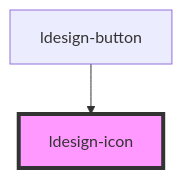
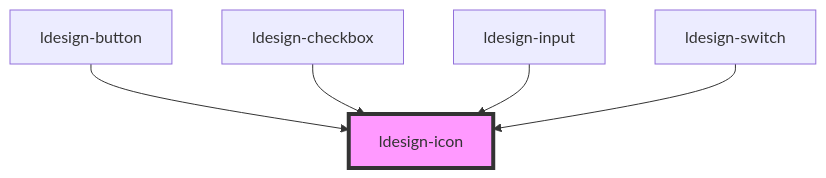
The diagram in packages/webcomponent/src/components/icon/readme.md (poly1603/ldesign), drawn with Mermaid before and after one commit. The commit also changed other lines of this file and 42 other files, not shown here.

````diff
--- a/packages/webcomponent/src/components/icon/readme.md
+++ b/packages/webcomponent/src/components/icon/readme.md
@@ -30,5 +33,8 @@
 ```mermaid
 graph TD;
   ldesign-button --> ldesign-icon
+  ldesign-checkbox --> ldesign-icon
+  ldesign-input --> ldesign-icon
+  ldesign-switch --> ldesign-icon
   style ldesign-icon fill:#f9f,stroke:#333,stroke-width:4px
 ```
````
